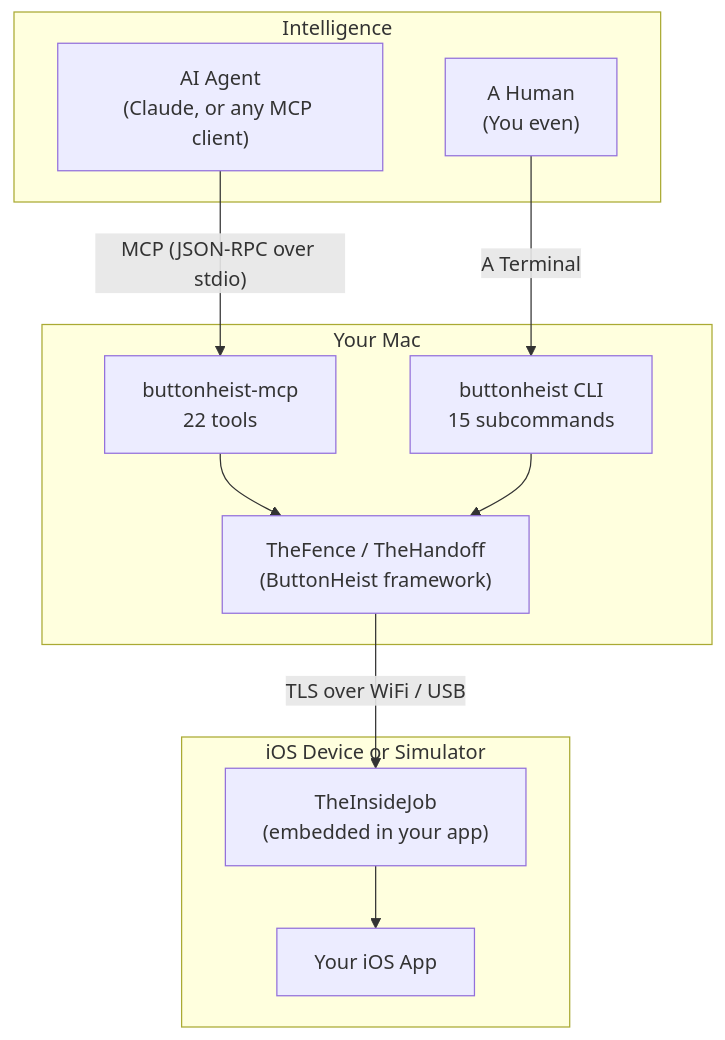
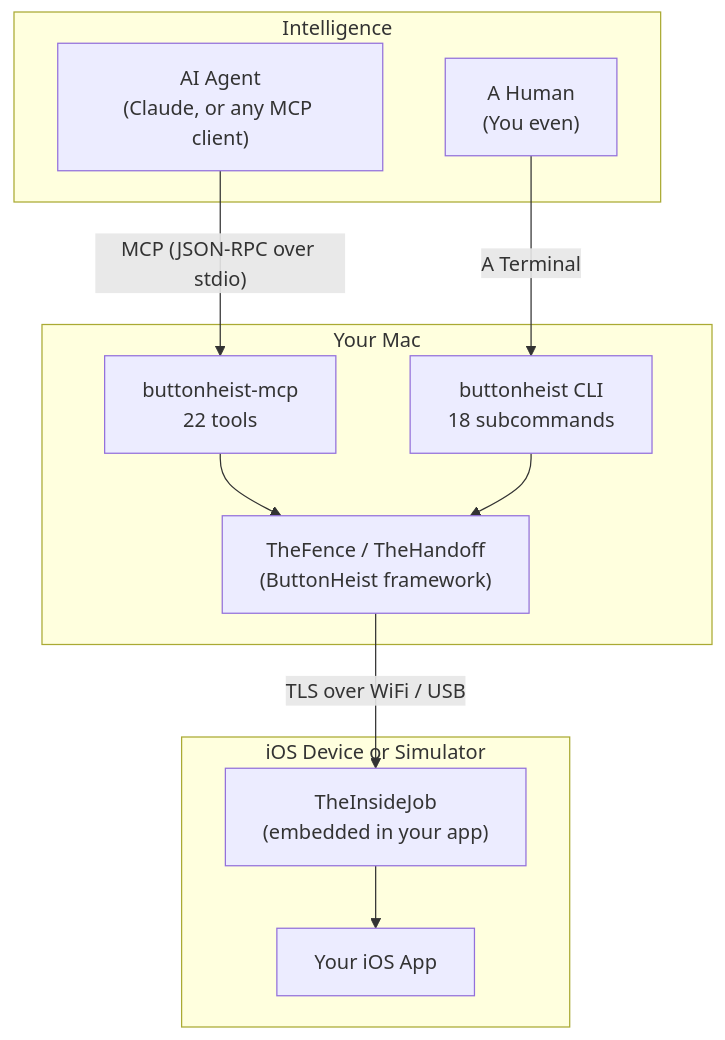
One commit to RoyalPineapple/TheButtonHeist changed the diagram in README.md. Above: the diagram before and after it, drawn with Mermaid. The commit also changed other lines of this file, not shown here.

````diff
--- a/README.md
+++ b/README.md
@@ -253,34 +253,34 @@
 ```mermaid
 %% If you can read this, the diagram isn't rendering. Try github.com in a browser.
 graph TD
     AI["AI Agent<br/>(Claude, or any MCP client)"]
     HUMAN["A Human<br/>(You even)"]
     MCP["buttonheist-mcp<br/>22 tools"]
-    CLI["buttonheist CLI<br/>15 subcommands"]
+    CLI["buttonheist CLI<br/>18 subcommands"]
     Client["TheFence / TheHandoff<br/>(ButtonHeist framework)"]
     IJ["TheInsideJob<br/>(embedded in your app)"]
     App["Your iOS App"]
 
     AI -->|"MCP (JSON-RPC over stdio)"| MCP
     MCP --> Client
     HUMAN -->|"A Terminal"| CLI
     CLI --> Client
     Client -->|"TLS over WiFi / USB"| IJ
     IJ --> App
 
     subgraph Intelligence["Intelligence"]
         HUMAN
         AI
     end
 
     subgraph Mac["Your Mac"]
         MCP
         CLI
         Client
     end
 
     subgraph Device["iOS Device or Simulator"]
         IJ
         App
     end
 ```
````
